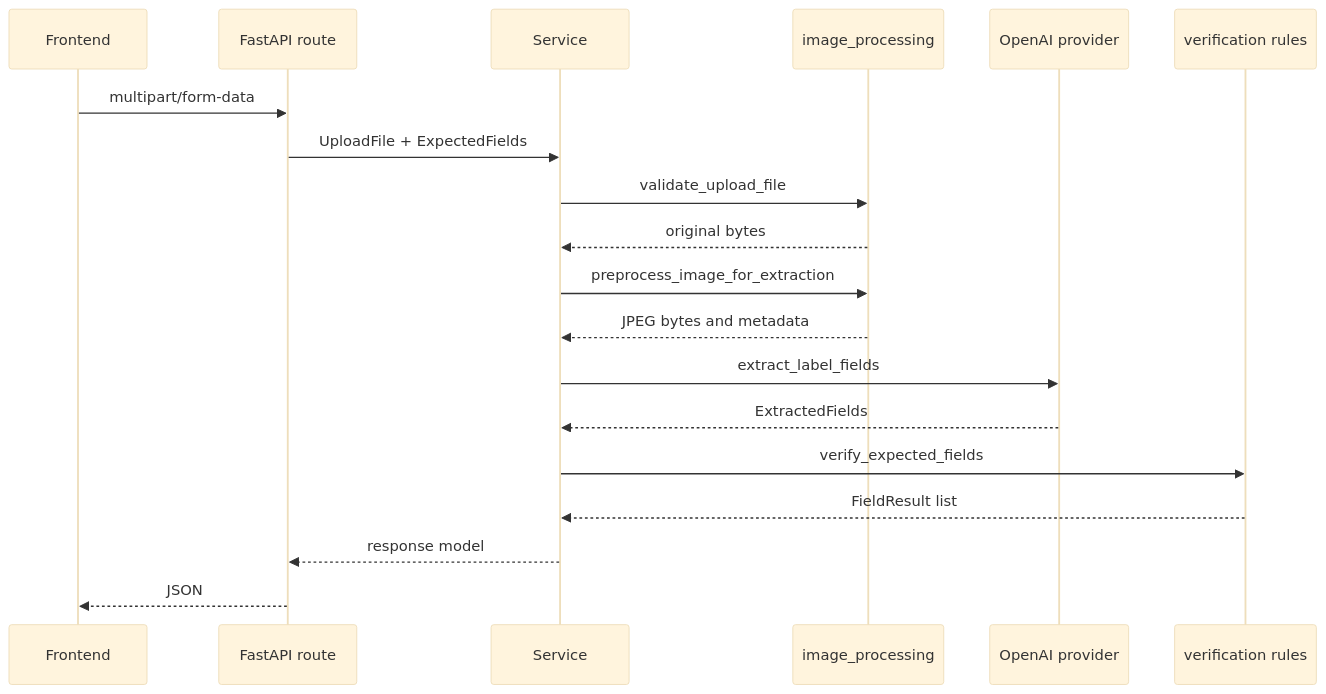
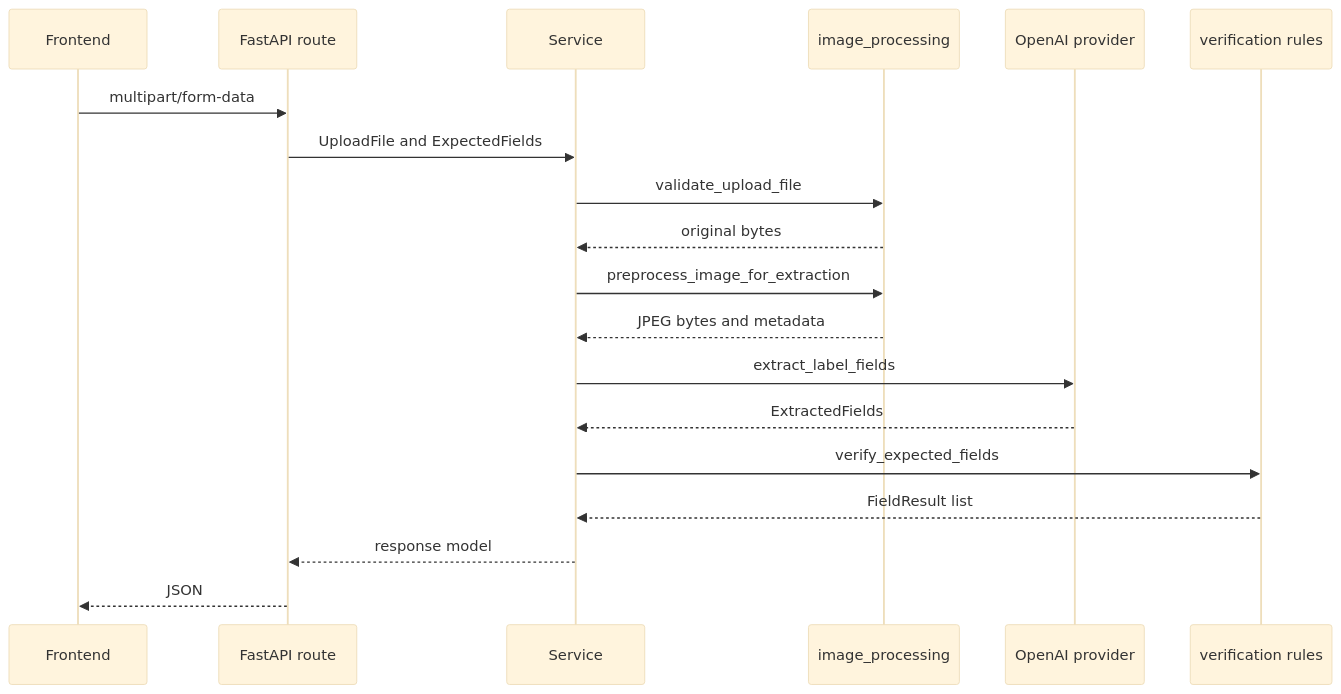
The diagram in docs/architecture/backend-architecture.md (nicolasgioanni/Compliance-Label-Assistant), drawn with Mermaid (base theme) before and after one commit. The commit also changed 22 other files, not shown here.

````diff
--- a/docs/architecture/backend-architecture.md
+++ b/docs/architecture/backend-architecture.md
@@ -36,22 +36,22 @@
 ```mermaid
 sequenceDiagram
   participant Frontend
   participant Route as FastAPI route
   participant Service
   participant Image as image_processing
   participant Provider as OpenAI provider
   participant Rules as verification rules
 
   Frontend->>Route: multipart/form-data
-  Route->>Service: UploadFile + ExpectedFields
+  Route->>Service: UploadFile and ExpectedFields
   Service->>Image: validate_upload_file
   Image-->>Service: original bytes
   Service->>Image: preprocess_image_for_extraction
   Image-->>Service: JPEG bytes and metadata
   Service->>Provider: extract_label_fields
   Provider-->>Service: ExtractedFields
   Service->>Rules: verify_expected_fields
   Rules-->>Service: FieldResult list
   Service-->>Route: response model
   Route-->>Frontend: JSON
 ```
````
